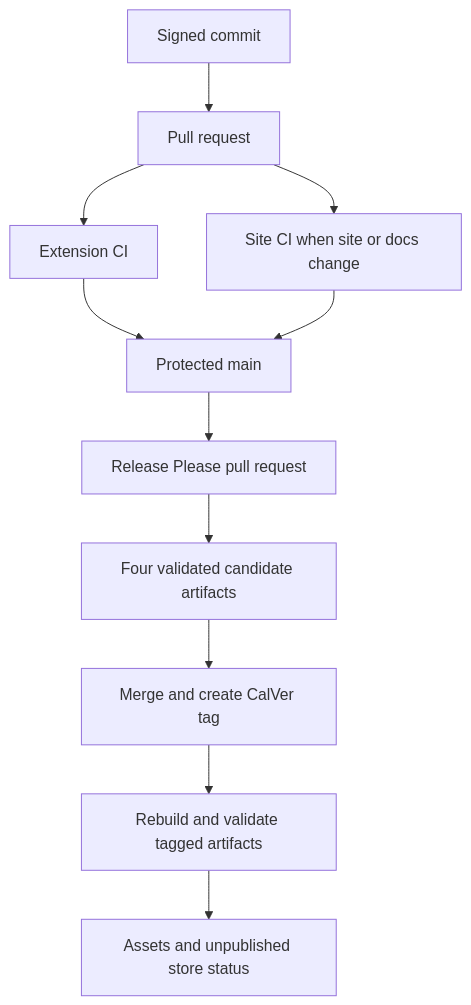
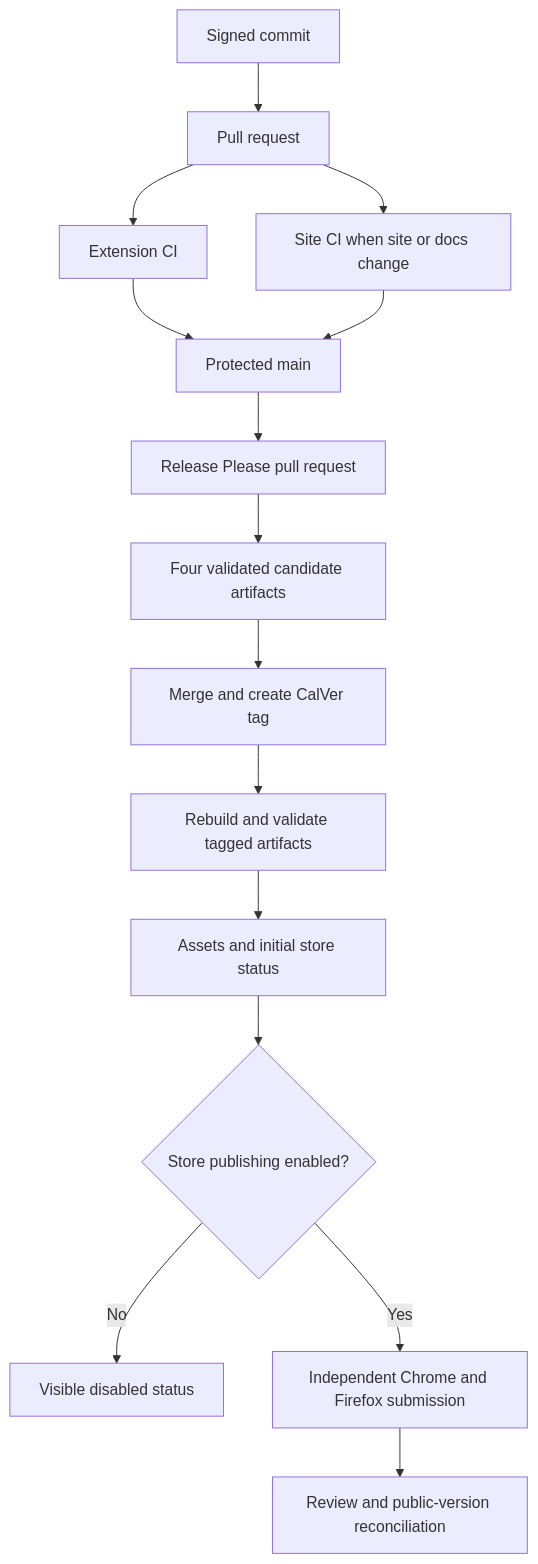
One commit to whizzzkid/point-and-shoot changed the diagram in docs/specs/build-release-and-verification.md. Above: the diagram before and after it, drawn with Mermaid. The commit also changed other lines of this file and 2 other files, not shown here.

First line of the commit message:
docs(release): 📚 document store publication and recovery

````diff
--- a/docs/specs/build-release-and-verification.md
+++ b/docs/specs/build-release-and-verification.md
@@ -139,13 +157,17 @@
 ```mermaid
 flowchart TD
     Commit[Signed commit] --> PullRequest[Pull request]
     PullRequest --> ExtensionCI[Extension CI]
     PullRequest --> SiteCI[Site CI when site or docs change]
     ExtensionCI --> Main[Protected main]
     SiteCI --> Main
     Main --> ReleasePlease[Release Please pull request]
     ReleasePlease --> Preview[Four validated candidate artifacts]
     Preview --> Tag[Merge and create CalVer tag]
     Tag --> Final[Rebuild and validate tagged artifacts]
-    Final --> Release[Assets and unpublished store status]
+    Final --> Release[Assets and initial store status]
+    Release --> Enabled{Store publishing enabled?}
+    Enabled -->|No| Disabled[Visible disabled status]
+    Enabled -->|Yes| Vendors[Independent Chrome and Firefox submission]
+    Vendors --> Reconcile[Review and public-version reconciliation]
 ```
````
